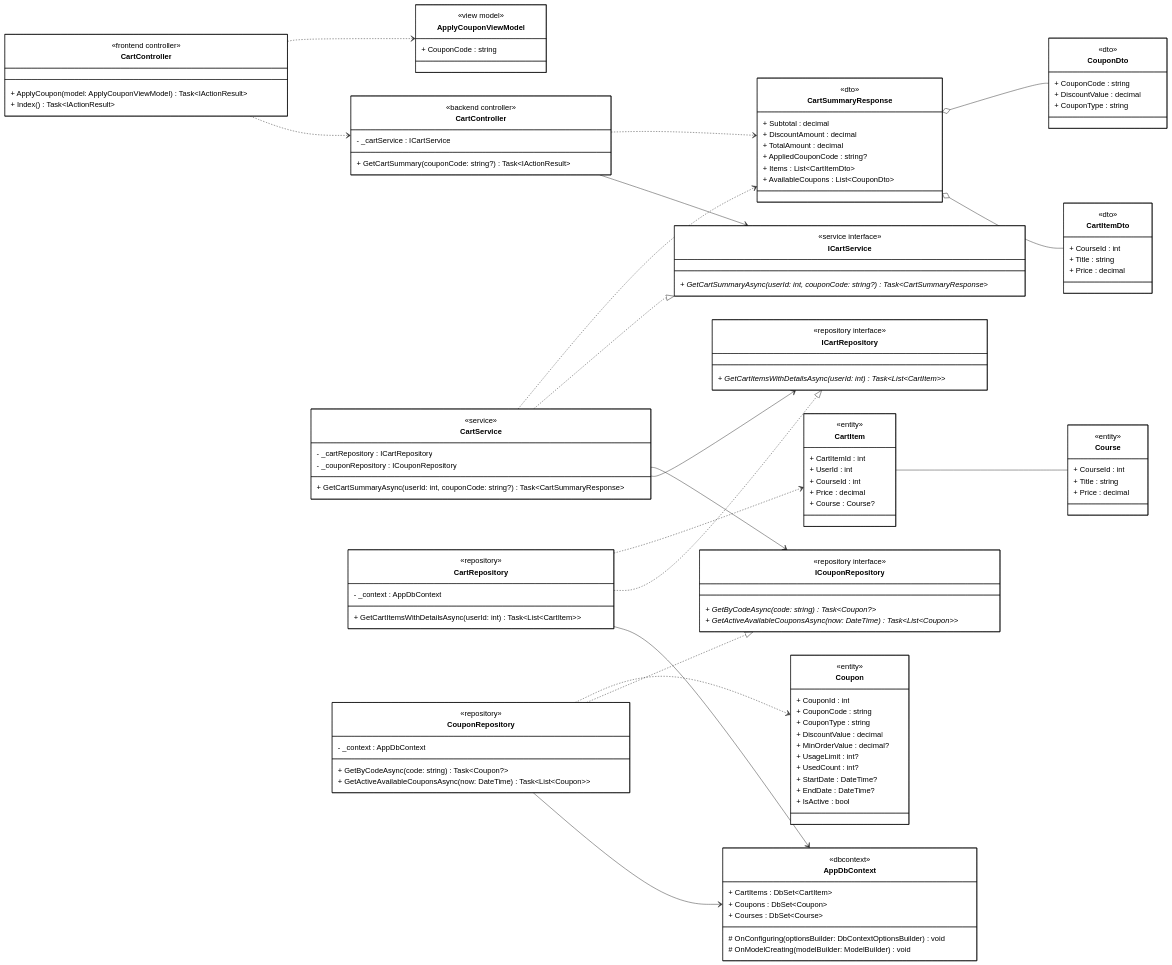
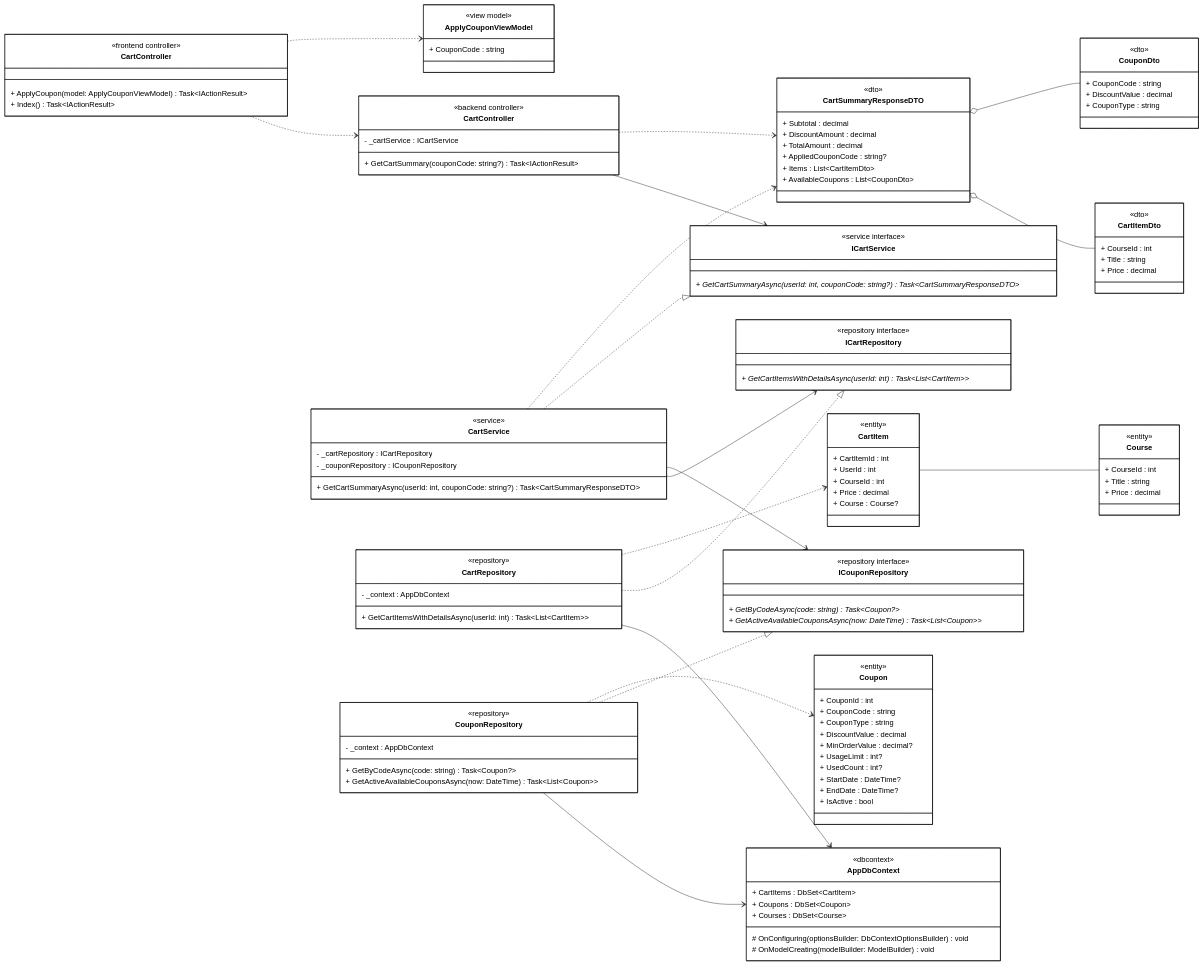
The diagram in diagrams/class_mermaid/cart/cls_mm_apply_coupon.mmd (1000do/Linked), drawn with Mermaid before and after one commit. The commit also changed 28 other files, not shown here.

Commit message:
fix class synced sequence

```diff
--- a/diagrams/class_mermaid/cart/cls_mm_apply_coupon.mmd
+++ b/diagrams/class_mermaid/cart/cls_mm_apply_coupon.mmd
@@ -1,172 +1,172 @@
 classDiagram
 direction LR
 
 %% ==================== FRONTEND ====================
 
 class CartControllerFE["CartController"] {
     <<frontend controller>>
     + ApplyCoupon(model: ApplyCouponViewModel) Task~IActionResult~
     + Index() Task~IActionResult~
 }
 
 class ApplyCouponViewModel {
     <<view model>>
     + CouponCode : string
 }
 
 %% ==================== BACKEND - CONTROLLER ====================
 
 class CartControllerBE["CartController"] {
     <<backend controller>>
     - _cartService : ICartService
     
     + GetCartSummary(couponCode: string?) Task~IActionResult~
 }
 
 %% ==================== BACKEND - DTOs ====================
 
-class CartSummaryResponse {
+class CartSummaryResponseDTO {
     <<dto>>
     + Subtotal : decimal
     + DiscountAmount : decimal
     + TotalAmount : decimal
     + AppliedCouponCode : string?
     + Items : List~CartItemDto~
     + AvailableCoupons : List~CouponDto~
 }
 
 class CartItemDto {
     <<dto>>
     + CourseId : int
     + Title : string
     + Price : decimal
 }
 
 class CouponDto {
     <<dto>>
     + CouponCode : string
     + DiscountValue : decimal
     + CouponType : string
 }
 
 %% ==================== BACKEND - DOMAIN ENTITIES ====================
 
 class CartItem {
     <<entity>>
     + CartItemId : int
     + UserId : int
     + CourseId : int
     + Price : decimal
     + Course : Course?
 }
 
 class Course {
     <<entity>>
     + CourseId : int
     + Title : string
     + Price : decimal
 }
 
 class Coupon {
     <<entity>>
     + CouponId : int
     + CouponCode : string
     + CouponType : string
     + DiscountValue : decimal
     + MinOrderValue : decimal?
     + UsageLimit : int?
     + UsedCount : int?
     + StartDate : DateTime?
     + EndDate : DateTime?
     + IsActive : bool
 }
 
 %% ==================== BACKEND - SERVICE INTERFACES ====================
 
 class ICartService {
     <<service interface>>
-    + GetCartSummaryAsync(userId: int, couponCode: string?) Task~CartSummaryResponse~ *
+    + GetCartSummaryAsync(userId: int, couponCode: string?) Task~CartSummaryResponseDTO~ *
 }
 
 class ICartRepository {
     <<repository interface>>
     + GetCartItemsWithDetailsAsync(userId: int) Task~List~CartItem~~ *
 }
 
 class ICouponRepository {
     <<repository interface>>
     + GetByCodeAsync(code: string) Task~Coupon?~ *
     + GetActiveAvailableCouponsAsync(now: DateTime) Task~List~Coupon~~ *
 }
 
 %% ==================== BACKEND - SERVICE IMPLEMENTATION ====================
 
 class CartService {
     <<service>>
     - _cartRepository : ICartRepository
     - _couponRepository : ICouponRepository
     
-    + GetCartSummaryAsync(userId: int, couponCode: string?) Task~CartSummaryResponse~
+    + GetCartSummaryAsync(userId: int, couponCode: string?) Task~CartSummaryResponseDTO~
 }
 
 %% ==================== BACKEND - REPOSITORY IMPLEMENTATION ====================
 
 class CartRepository {
     <<repository>>
     - _context : AppDbContext
     
     + GetCartItemsWithDetailsAsync(userId: int) Task~List~CartItem~~
 }
 
 class CouponRepository {
     <<repository>>
     - _context : AppDbContext
     
     + GetByCodeAsync(code: string) Task~Coupon?~
     + GetActiveAvailableCouponsAsync(now: DateTime) Task~List~Coupon~~
 }
 
 %% ==================== BACKEND - DbContext ====================
 
 class AppDbContext {
     <<dbcontext>>
     + CartItems : DbSet~CartItem~
     + Coupons : DbSet~Coupon~
     + Courses : DbSet~Course~
     
     # OnConfiguring(optionsBuilder: DbContextOptionsBuilder) void
     # OnModelCreating(modelBuilder: ModelBuilder) void
 }
 
 %% ==================== RELATIONSHIPS ====================
 
 %% === BIDIRECTIONAL ASSOCIATION (solid line) ===
 CartItem -- Course
 
 %% === AGGREGATION (hollow diamond) ===
-CartSummaryResponse o-- CartItemDto
-CartSummaryResponse o-- CouponDto
+CartSummaryResponseDTO o-- CartItemDto
+CartSummaryResponseDTO o-- CouponDto
 
 %% === UNIDIRECTIONAL ASSOCIATION (solid arrow) ===
 CartControllerBE --> ICartService
 CartService --> ICartRepository
 CartService --> ICouponRepository
 CartRepository --> AppDbContext
 CouponRepository --> AppDbContext
 
 %% === INTERFACE REALIZATION ===
 CartService ..|> ICartService
 CartRepository ..|> ICartRepository
 CouponRepository ..|> ICouponRepository
 
 %% === DEPENDENCY (dashed arrows) ===
 CartControllerFE ..> CartControllerBE
 CartControllerFE ..> ApplyCouponViewModel
-CartControllerBE ..> CartSummaryResponse
-CartService ..> CartSummaryResponse
+CartControllerBE ..> CartSummaryResponseDTO
+CartService ..> CartSummaryResponseDTO
 CartRepository ..> CartItem
 CouponRepository ..> Coupon
 
 %% ==================== STYLES ====================
 
 classDef default fill:#FFFFFF,stroke:#000000,stroke-width:1px,color:#000000
```
